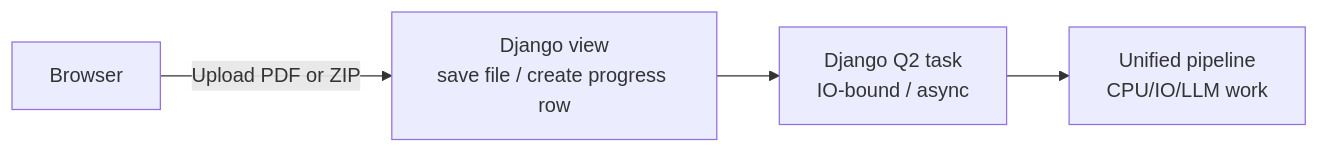
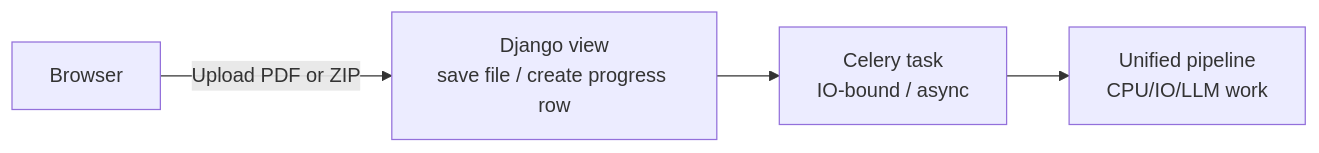
Before and after one commit to btfranklin/hiredar-saas-archive: the first of 2 diagrams in docs/RESUME_PROCESSING_PIPELINE.md, drawn with Mermaid. The commit also changed other lines of this file and 22 other files, not shown here.

First line of the commit message:
Refactor task imports and enhance Celery integration

````diff
--- a/docs/RESUME_PROCESSING_PIPELINE.md
+++ b/docs/RESUME_PROCESSING_PIPELINE.md
@@ -9,6 +9,6 @@
 ```mermaid
 flowchart LR
     Browser -- "Upload PDF or ZIP" --> View["Django view<br/>save file / create progress row"]
-    View --> Task["Django Q2 task<br/>IO-bound / async"]
+    View --> Task["Celery task<br/>IO-bound / async"]
     Task --> Pipeline["Unified pipeline<br/>CPU/IO/LLM work"]
 ```
````
